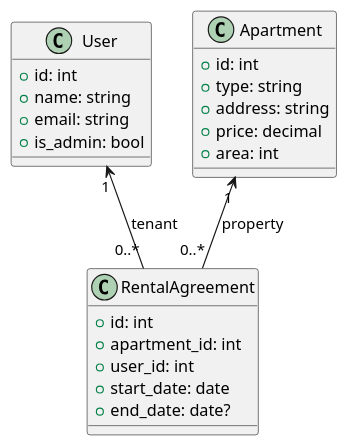
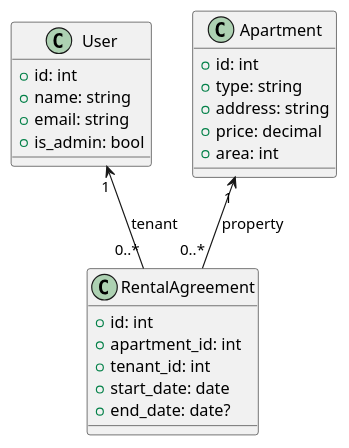
The diagram in app/docs/uml.puml (KrisKovachev/rent-system), drawn with PlantUML before and after one commit. The commit also changed 79 other files, not shown here.

```diff
--- a/app/docs/uml.puml
+++ b/app/docs/uml.puml
@@ -1,27 +1,27 @@
 @startuml
 class User {
   +id: int
   +name: string
   +email: string
   +is_admin: bool
 }
 
 class Apartment {
   +id: int
   +type: string
   +address: string
   +price: decimal
   +area: int
 }
 
 class RentalAgreement {
   +id: int
   +apartment_id: int
-  +user_id: int
+  +tenant_id: int
   +start_date: date
   +end_date: date?
 }
 
 User "1" <-- "0..*" RentalAgreement : tenant
 Apartment "1" <-- "0..*" RentalAgreement : property
 @enduml
```
